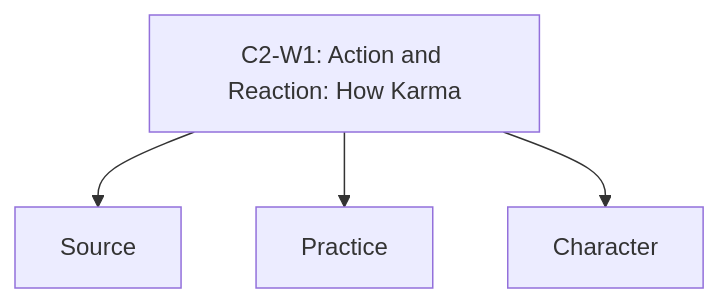
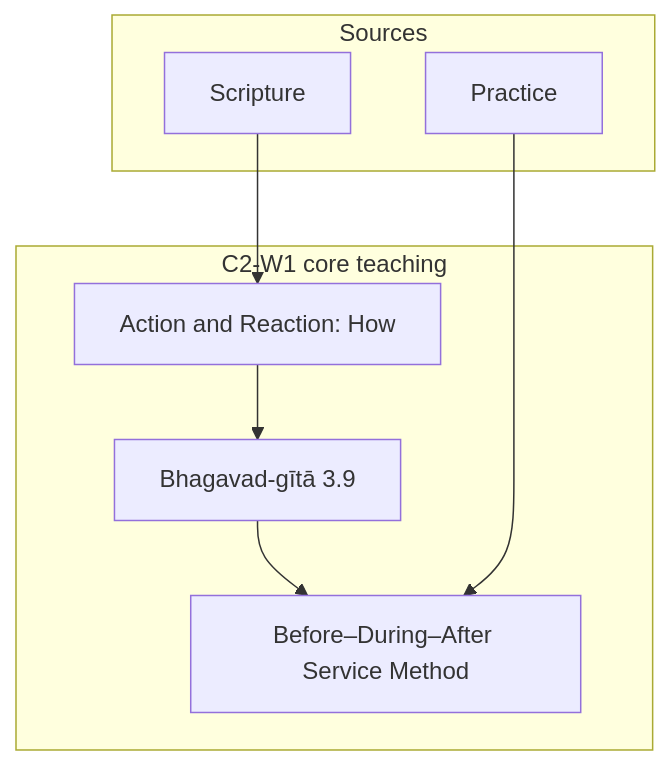
Before and after one commit to swap2you/kutumba-family-program: the diagram in 11-weekly-program-library/first-six-months/c2-w1-action-and-reaction-how-karma-binds/visuals/concept-map.mmd, drawn with Mermaid. The commit also changed 198 other files, not shown here.

```diff
--- a/11-weekly-program-library/first-six-months/c2-w1-action-and-reaction-how-karma-binds/visuals/concept-map.mmd
+++ b/11-weekly-program-library/first-six-months/c2-w1-action-and-reaction-how-karma-binds/visuals/concept-map.mmd
@@ -1,4 +1,13 @@
-flowchart TD
-  A[C2-W1: Action and Reaction: How Karma] --> B[Source]
-  A --> C[Practice]
-  A --> D[Character]
+flowchart TB
+    subgraph TEACHING["C2-W1 core teaching"]
+        A["Action and Reaction: How "]
+        B["Bhagavad-gītā 3.9"]
+        C["Before–During–After Service Method"]
+    end
+    subgraph SOURCES["Sources"]
+        S1[Scripture]
+        S2[Practice]
+    end
+    A --> B --> C
+    S1 --> A
+    S2 --> C
```
